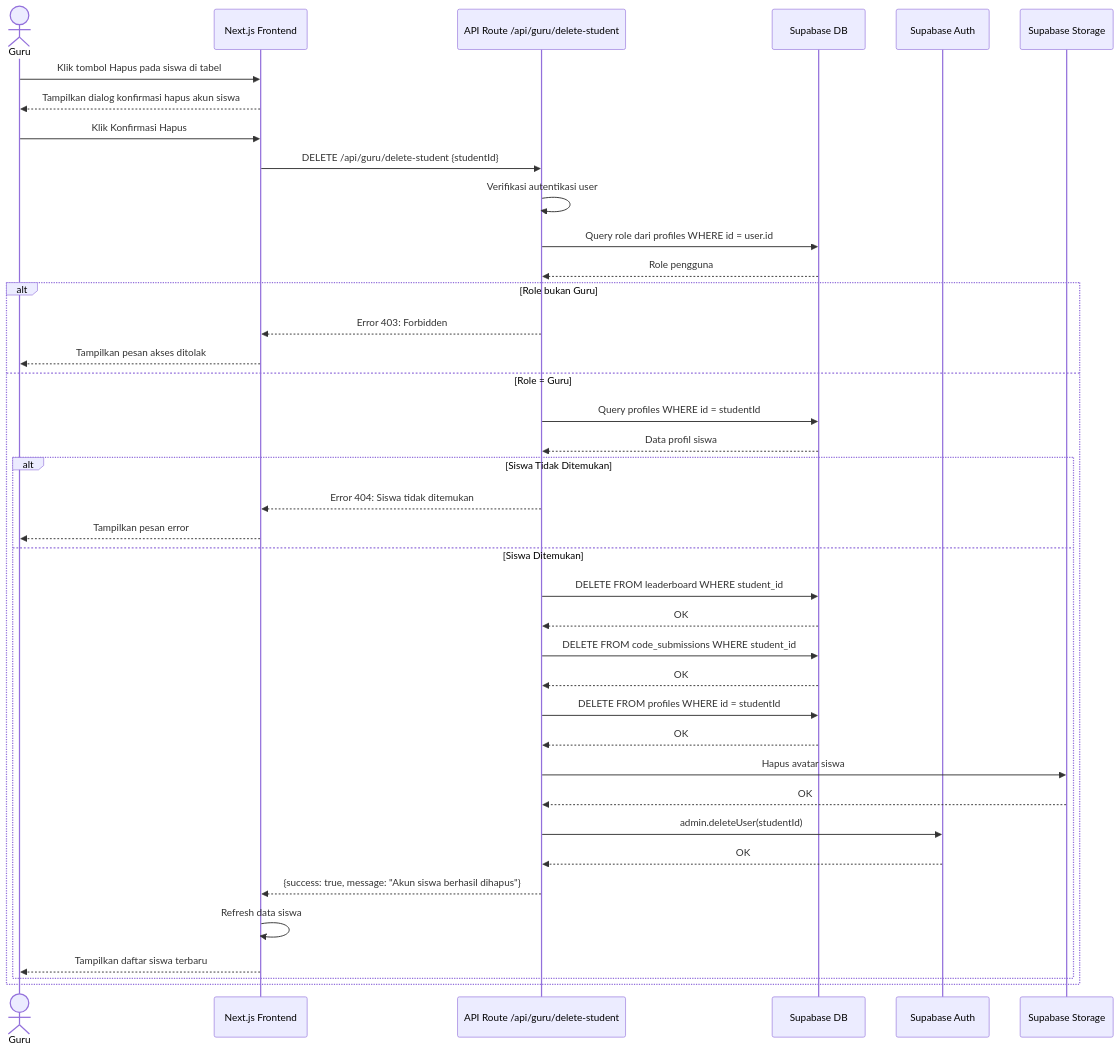
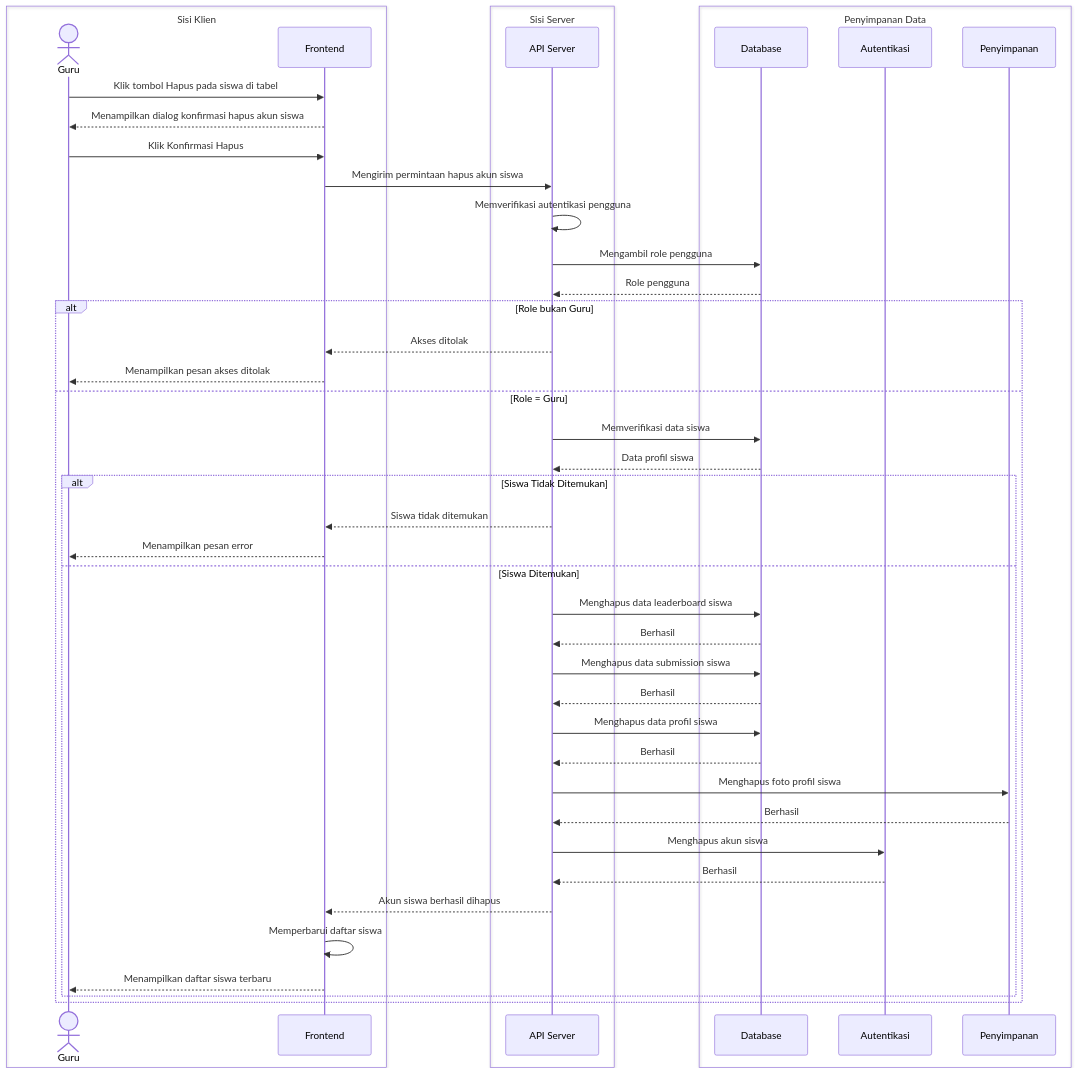
Diagram 24 of 25 in DIAGRAMS.md (solikhulmauludin22014-ops/CLING), drawn with Mermaid before and after one commit. The commit also changed other lines of this file and 5 other files, not shown here.

Commit message:
update kategori skor clean code: Sangat Terampil, Terampil, Cukup Terampil, Kurang Terampil, Tidak Terampil

````diff
--- a/DIAGRAMS.md
+++ b/DIAGRAMS.md
@@ -800,42 +1066,48 @@
 ```mermaid
 sequenceDiagram
-    actor Guru as Guru
-    participant FE as Next.js Frontend
-    participant API as API Route /api/guru/delete-student
-    participant DB as Supabase DB
-    participant Auth as Supabase Auth
-    participant Storage as Supabase Storage
+    box Sisi Klien
+        actor Guru as Guru
+        participant FE as Frontend
+    end
+    box Sisi Server
+        participant API as API Server
+    end
+    box Penyimpanan Data
+        participant DB as Database
+        participant Auth as Autentikasi
+        participant Storage as Penyimpanan
+    end
 
     Guru->>FE: Klik tombol Hapus pada siswa di tabel
-    FE-->>Guru: Tampilkan dialog konfirmasi hapus akun siswa
+    FE-->>Guru: Menampilkan dialog konfirmasi hapus akun siswa
     Guru->>FE: Klik Konfirmasi Hapus
-    FE->>API: DELETE /api/guru/delete-student {studentId}
-    API->>API: Verifikasi autentikasi user
-    API->>DB: Query role dari profiles WHERE id = user.id
+    FE->>API: Mengirim permintaan hapus akun siswa
+    API->>API: Memverifikasi autentikasi pengguna
+    API->>DB: Mengambil role pengguna
     DB-->>API: Role pengguna
     alt Role bukan Guru
-        API-->>FE: Error 403: Forbidden
-        FE-->>Guru: Tampilkan pesan akses ditolak
+        API-->>FE: Akses ditolak
+        FE-->>Guru: Menampilkan pesan akses ditolak
     else Role = Guru
-        API->>DB: Query profiles WHERE id = studentId
+        API->>DB: Memverifikasi data siswa
         DB-->>API: Data profil siswa
         alt Siswa Tidak Ditemukan
-            API-->>FE: Error 404: Siswa tidak ditemukan
-            FE-->>Guru: Tampilkan pesan error
+            API-->>FE: Siswa tidak ditemukan
+            FE-->>Guru: Menampilkan pesan error
         else Siswa Ditemukan
-            API->>DB: DELETE FROM leaderboard WHERE student_id
-            DB-->>API: OK
-            API->>DB: DELETE FROM code_submissions WHERE student_id
-            DB-->>API: OK
-            API->>DB: DELETE FROM profiles WHERE id = studentId
-            DB-->>API: OK
-            API->>Storage: Hapus avatar siswa
-            Storage-->>API: OK
-            API->>Auth: admin.deleteUser(studentId)
-            Auth-->>API: OK
-            API-->>FE: {success: true, message: "Akun siswa berhasil dihapus"}
-            FE->>FE: Refresh data siswa
-            FE-->>Guru: Tampilkan daftar siswa terbaru
+            API->>DB: Menghapus data leaderboard siswa
+            DB-->>API: Berhasil
+            API->>DB: Menghapus data submission siswa
+            DB-->>API: Berhasil
+            API->>DB: Menghapus data profil siswa
+            DB-->>API: Berhasil
+            API->>Storage: Menghapus foto profil siswa
+            Storage-->>API: Berhasil
+            API->>Auth: Menghapus akun siswa
+            Auth-->>API: Berhasil
+            API-->>FE: Akun siswa berhasil dihapus
+            FE->>FE: Memperbarui daftar siswa
+            FE-->>Guru: Menampilkan daftar siswa terbaru
         end
     end
 ```
````
